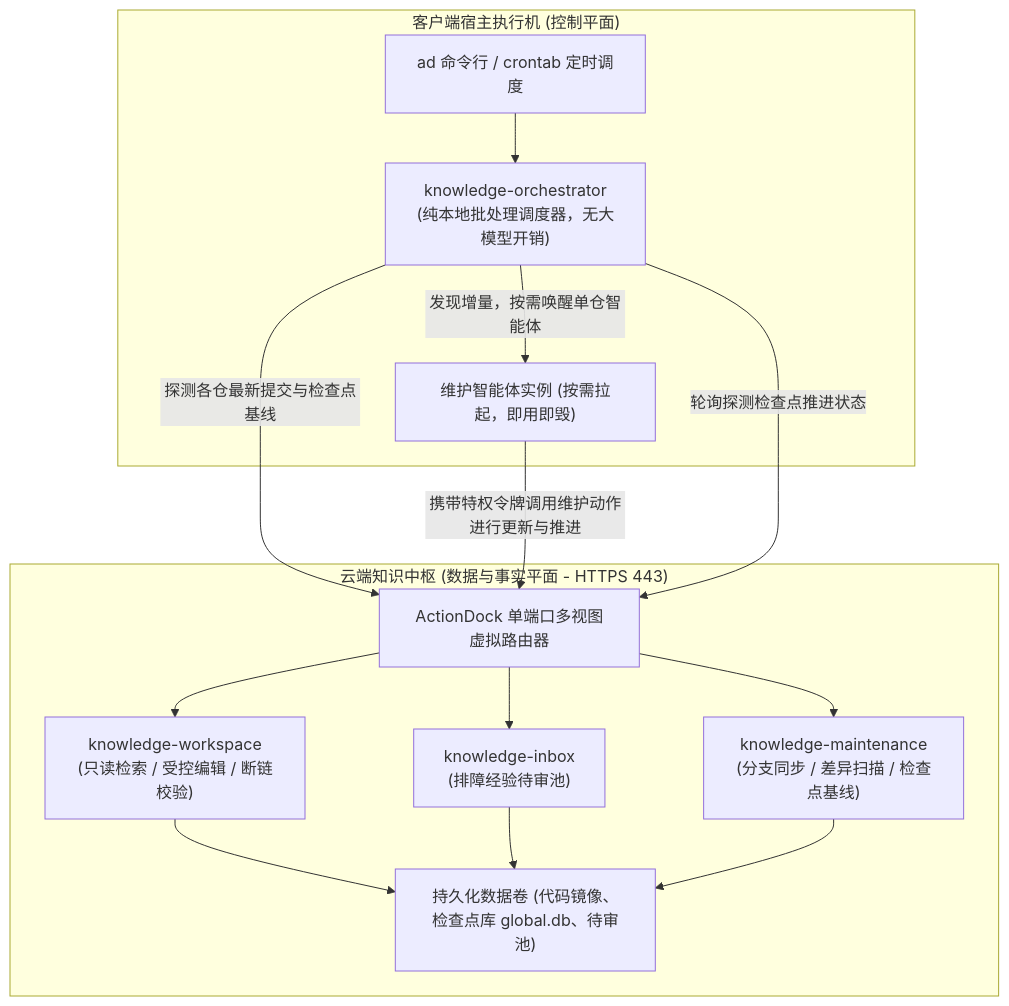
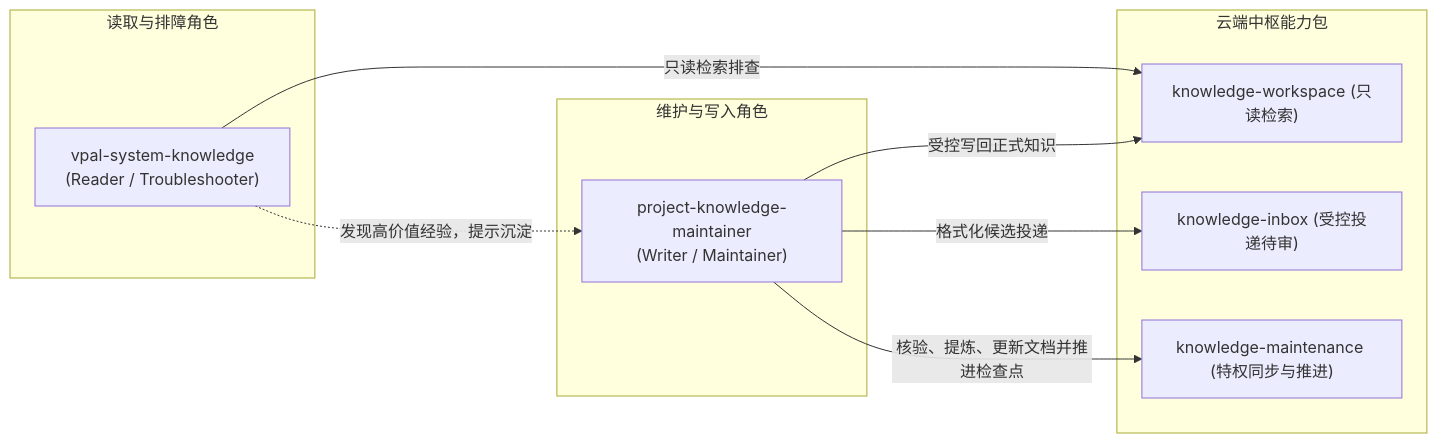
One commit to fjay/knowledge-dock changed the diagram in docs/architecture.md. Above: the diagram before and after it, drawn with Mermaid. The commit also changed other lines of this file and 2 other files, not shown here.

Commit message:
docs: align architecture and background with original design draft

````diff
--- a/docs/architecture.md
+++ b/docs/architecture.md
@@ -51,28 +188,22 @@
 ```mermaid
-flowchart TD
-    subgraph ClientHost ["客户端宿主执行机 (控制平面)"]
-        CLI["ad 命令行 / crontab 定时调度"]
-        Orchestrator["knowledge-orchestrator<br/>(纯本地批处理调度器，无大模型开销)"]
-        AgentWorker["维护智能体实例 (按需拉起，即用即毁)"]
+flowchart LR
+    subgraph Readers ["读取与排障角色"]
+        VpalAgent["vpal-system-knowledge<br/>(Reader / Troubleshooter)"]
     end
 
-    subgraph CloudServer ["云端知识中枢 (数据与事实平面 - HTTPS 443)"]
-        Router["ActionDock 单端口多视图虚拟路由器"]
-        WorkspacePkg["knowledge-workspace<br/>(只读检索 / 受控编辑 / 断链校验)"]
-        InboxPkg["knowledge-inbox<br/>(排障经验待审池)"]
-        MaintenancePkg["knowledge-maintenance<br/>(分支同步 / 差异扫描 / 检查点基线)"]
-        Storage["持久化数据卷 (代码镜像、检查点库 global.db、待审池)"]
+    subgraph Writers ["维护与写入角色"]
+        MaintainerAgent["project-knowledge-maintainer<br/>(Writer / Maintainer)"]
     end
 
-    CLI --> Orchestrator
-    Orchestrator -->|"探测各仓最新提交与检查点基线"| Router
-    Orchestrator -->|"发现增量，按需唤醒单仓智能体"| AgentWorker
-    AgentWorker -->|"携带特权令牌调用维护动作进行更新与推进"| Router
-    Router --> WorkspacePkg
-    Router --> InboxPkg
-    Router --> MaintenancePkg
-    WorkspacePkg --> Storage
-    InboxPkg --> Storage
-    MaintenancePkg --> Storage
-    Orchestrator -->|"轮询探测检查点推进状态"| Router
+    subgraph ServiceCore ["云端中枢能力包"]
+        WPlane["knowledge-workspace (只读检索)"]
+        IPlane["knowledge-inbox (受控投递待审)"]
+        MPlane["knowledge-maintenance (特权同步与推进)"]
+    end
+
+    VpalAgent -->|"只读检索排查"| WPlane
+    VpalAgent -.->|"发现高价值经验，提示沉淀"| MaintainerAgent
+    MaintainerAgent -->|"格式化候选投递"| IPlane
+    MaintainerAgent -->|"核验、提炼、更新文档并推进检查点"| MPlane
+    MaintainerAgent -->|"受控写回正式知识"| WPlane
 ```
````
